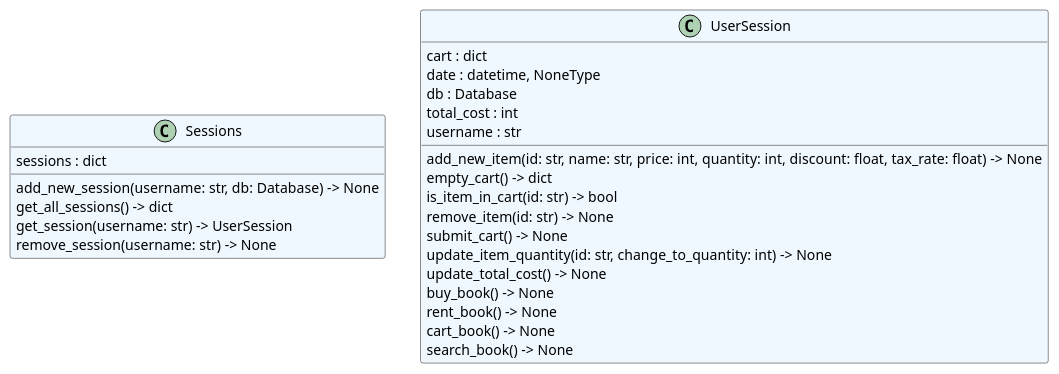
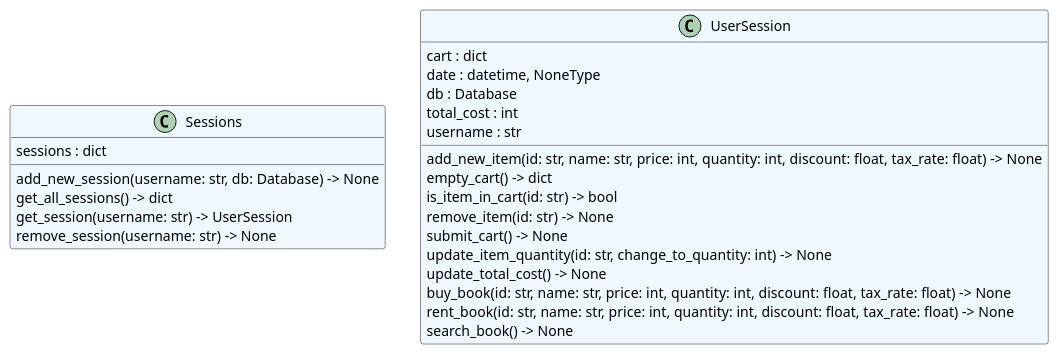
One commit to StephenButters13/onlineStore changed the diagram in core/classes.puml. Above: the diagram before and after it, drawn with PlantUML. The commit also changed 4 other files, not shown here.

```diff
--- a/core/classes.puml
+++ b/core/classes.puml
@@ -1,28 +1,27 @@
 @startuml classes
 set namespaceSeparator none
 class "Sessions" as core.session.Sessions #aliceblue {
   sessions : dict
   add_new_session(username: str, db: Database) -> None
   get_all_sessions() -> dict
   get_session(username: str) -> UserSession
   remove_session(username: str) -> None
 }
 class "UserSession" as core.session.UserSession #aliceblue {
   cart : dict
   date : datetime, NoneType
   db : Database
   total_cost : int
   username : str
   add_new_item(id: str, name: str, price: int, quantity: int, discount: float, tax_rate: float) -> None
   empty_cart() -> dict
   is_item_in_cart(id: str) -> bool
   remove_item(id: str) -> None
   submit_cart() -> None
   update_item_quantity(id: str, change_to_quantity: int) -> None
   update_total_cost() -> None
-  buy_book() -> None
-  rent_book() -> None
-  cart_book() -> None
+  buy_book(id: str, name: str, price: int, quantity: int, discount: float, tax_rate: float) -> None
+  rent_book(id: str, name: str, price: int, quantity: int, discount: float, tax_rate: float) -> None
   search_book() -> None
 }
 @enduml
```
